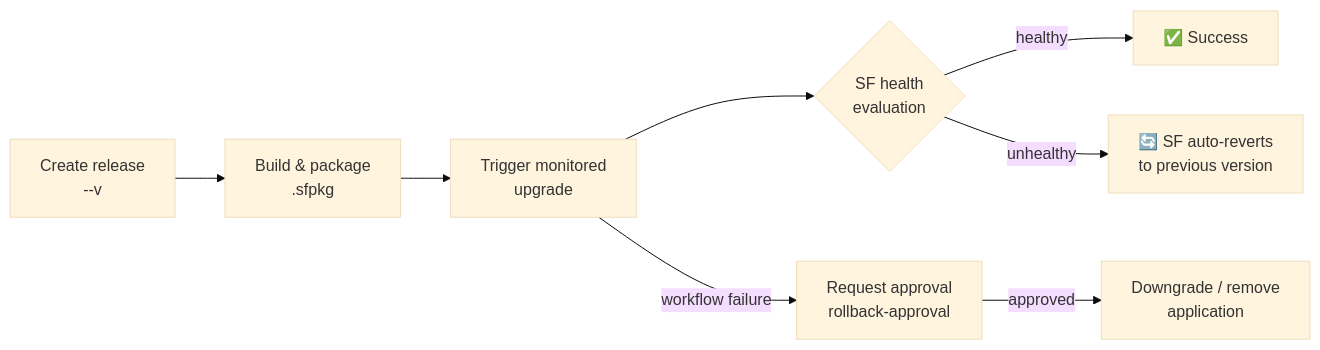
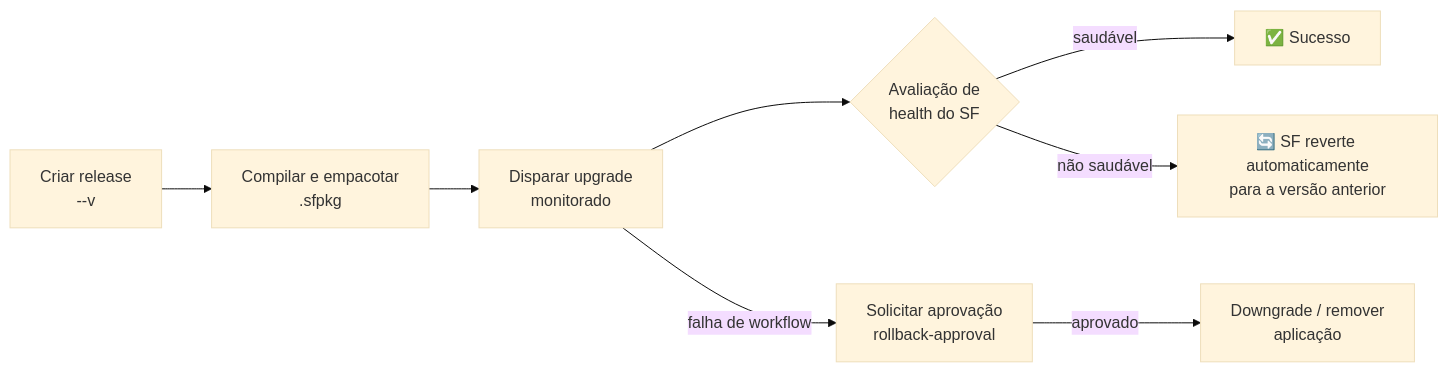
Before and after one commit to nfe/.github: the third of 3 diagrams in docs/production-repo-conventions.md, drawn with Mermaid (base theme). The commit also changed other lines of this file, not shown here.

Commit message:
docs: traduz convenções para PT-BR

````diff
--- a/docs/production-repo-conventions.md
+++ b/docs/production-repo-conventions.md
@@ -166,10 +166,10 @@
 ```mermaid
 flowchart LR
-  A[Create release<br/><product>-<type>-v<semver>] --> B[Build & package<br/>.sfpkg]
-  B --> C[Trigger monitored<br/>upgrade]
-  C --> D{SF health<br/>evaluation}
-  D -->|healthy| E[✅ Success]
-  D -->|unhealthy| F[🔄 SF auto-reverts<br/>to previous version]
-  C -->|workflow failure| G[Request approval<br/>rollback-approval]
-  G -->|approved| H[Downgrade / remove<br/>application]
+  A[Criar release<br/><produto>-<tipo>-v<semver>] --> B[Compilar e empacotar<br/>.sfpkg]
+  B --> C[Disparar upgrade<br/>monitorado]
+  C --> D{Avaliação de<br/>health do SF}
+  D -->|saudável| E[✅ Sucesso]
+  D -->|não saudável| F[🔄 SF reverte automaticamente<br/>para a versão anterior]
+  C -->|falha de workflow| G[Solicitar aprovação<br/>rollback-approval]
+  G -->|aprovado| H[Downgrade / remover<br/>aplicação]
 ```
````
